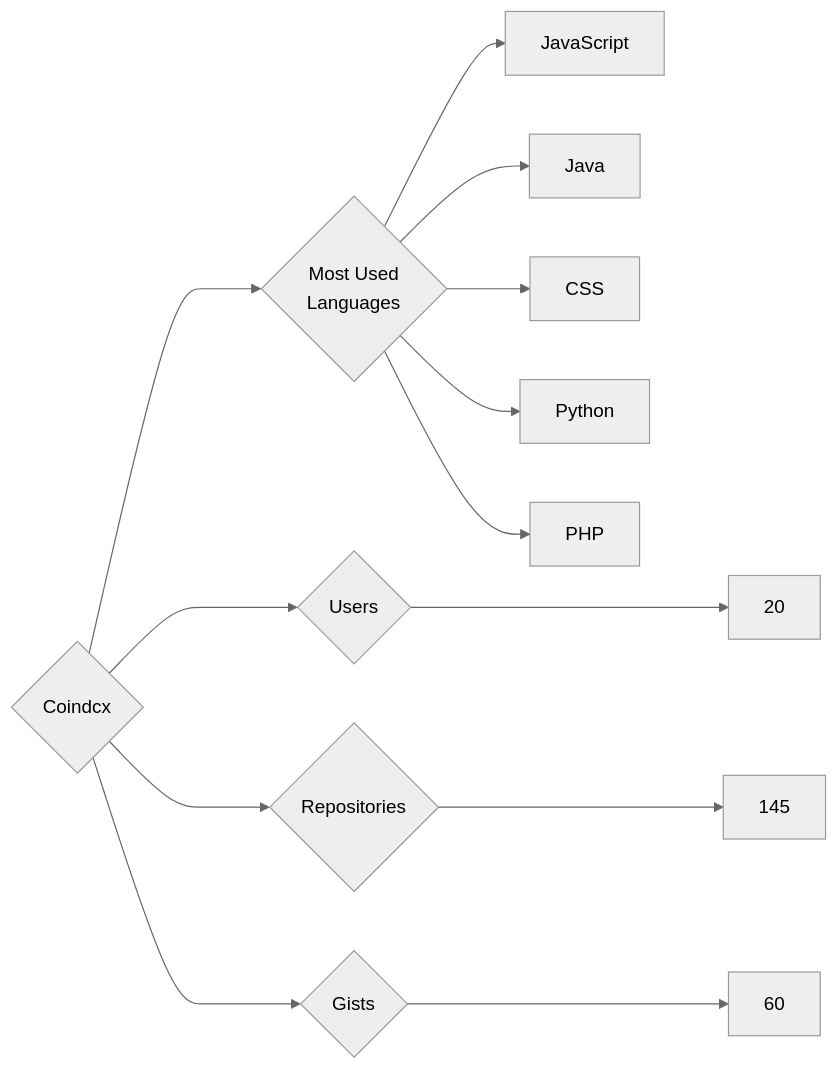
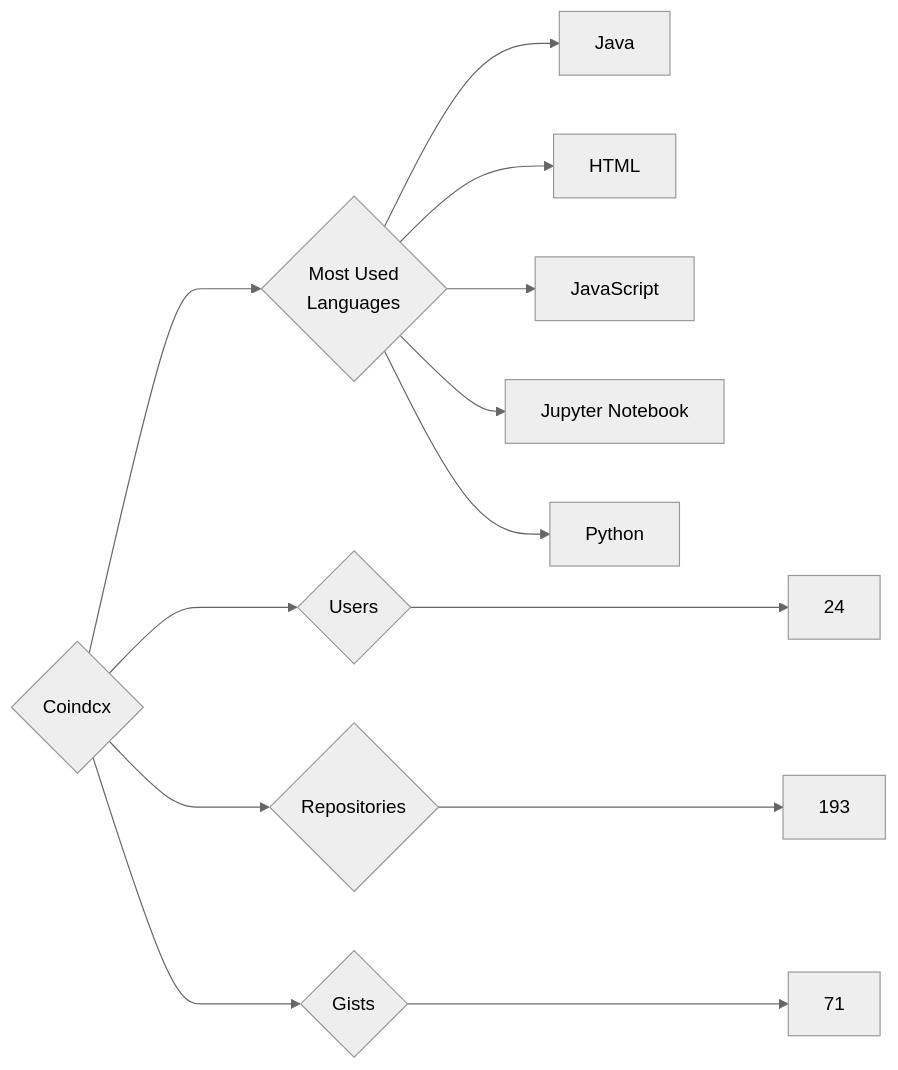
One commit to trickest/insiders changed the diagram in targets/Coindcx/README.md. Above: the diagram before and after it, drawn with Mermaid (neutral theme). The commit also changed 723 other files, not shown here.

````diff
--- a/targets/Coindcx/README.md
+++ b/targets/Coindcx/README.md
@@ -3,13 +3,13 @@
 ```mermaid
 graph LR
 COMPANY_NAME{Coindcx}
-COMPANY_NAME ---> U{Users} ---> UN[20]
-COMPANY_NAME ---> R{Repositories} ---> RN[145]
-COMPANY_NAME ---> G{Gists} ---> GN[60]
+COMPANY_NAME ---> U{Users} ---> UN[24]
+COMPANY_NAME ---> R{Repositories} ---> RN[193]
+COMPANY_NAME ---> G{Gists} ---> GN[71]
 COMPANY_NAME ---> ML{Most Used<br>Languages}
+ML --> Java[Java]
+ML --> HTML[HTML]
 ML --> JavaScript[JavaScript]
-ML --> Java[Java]
-ML --> CSS[CSS]
+ML --> Jupyter_Notebook[Jupyter Notebook]
 ML --> Python[Python]
-ML --> PHP[PHP]
 ```
````
